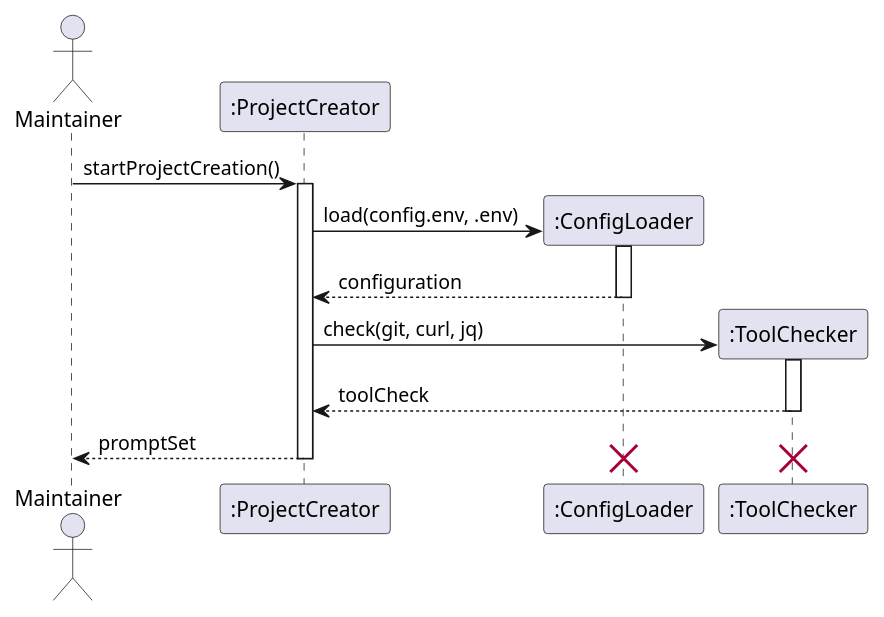
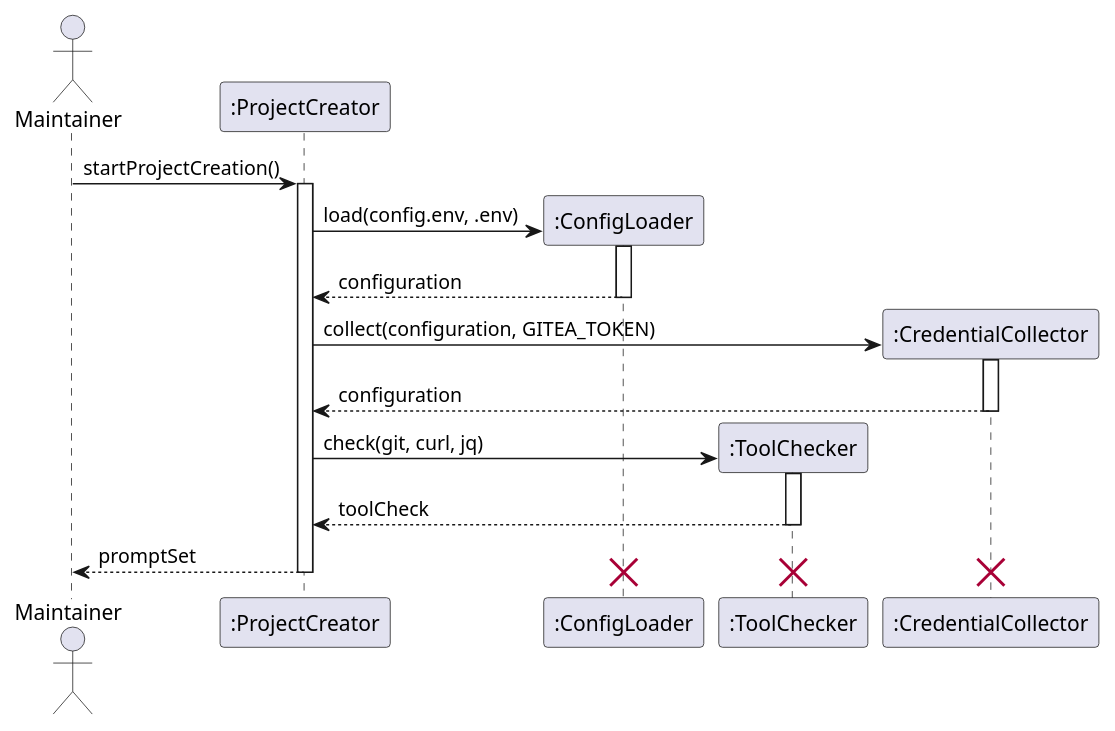
One commit to TirSystem-BashScript/RepoFoundry changed the first of 2 diagrams in docs/uc-001/sd.md. Above: the diagram before and after it, drawn with PlantUML. The commit also changed other lines of this file and 16 other files, not shown here.

````diff
--- a/docs/uc-001/sd.md
+++ b/docs/uc-001/sd.md
@@ -25,25 +25,32 @@
 ```plantuml
 @startuml
 actor Maintainer
 participant ":ProjectCreator" as PC
 participant ":ConfigLoader" as CL
 participant ":ToolChecker" as TC
+participant ":CredentialCollector" as CC
 
 Maintainer -> PC : startProjectCreation()
 activate PC
 create CL
 PC -> CL : load(config.env, .env)
 activate CL
 CL --> PC : configuration
 deactivate CL
+create CC
+PC -> CC : collect(configuration, GITEA_TOKEN)
+activate CC
+CC --> PC : configuration
+deactivate CC
 create TC
 PC -> TC : check(git, curl, jq)
 activate TC
 TC --> PC : toolCheck
 deactivate TC
 PC --> Maintainer : promptSet
 deactivate PC
 destroy CL
+destroy CC
 destroy TC
 @enduml
 ```
````
